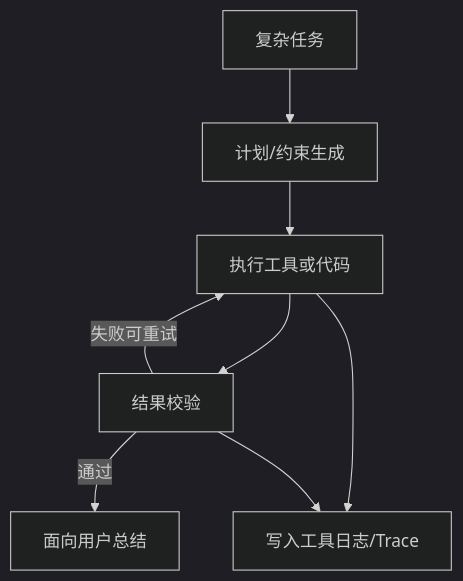
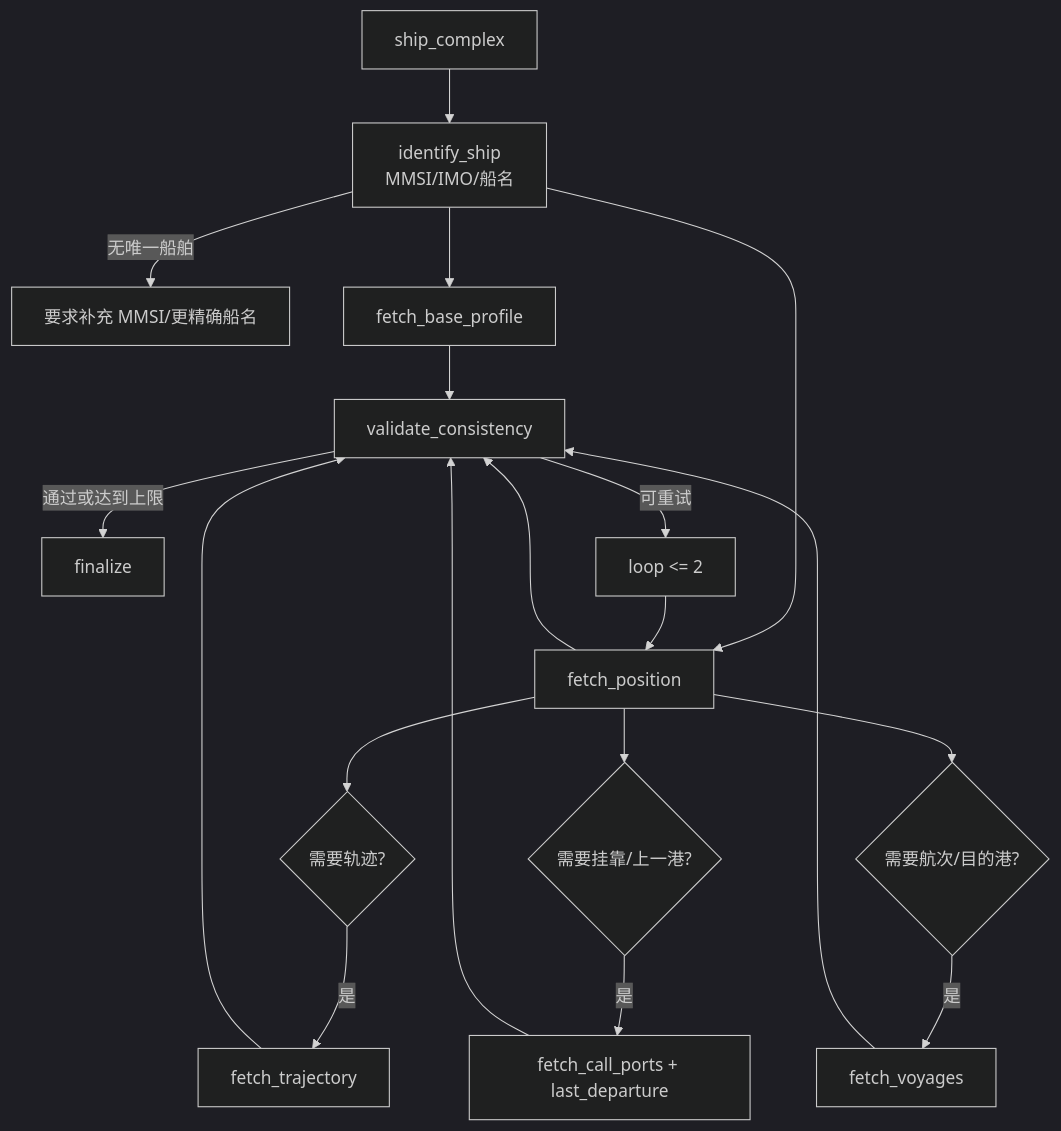
The fourth of 4 diagrams in docs/AGENT_TECHNICAL_DOCUMENTATION.md (lr12338/hifleet-agent), drawn with Mermaid (dark theme) before and after one commit. The commit also changed other lines of this file and 16 other files, not shown here.

````diff
--- a/docs/AGENT_TECHNICAL_DOCUMENTATION.md
+++ b/docs/AGENT_TECHNICAL_DOCUMENTATION.md
@@ -241,10 +140,21 @@
 ```mermaid
 flowchart TD
-    Task[复杂任务] --> Plan[计划/约束生成]
-    Plan --> Act[执行工具或代码]
-    Act --> Check[结果校验]
-    Check -->|失败可重试| Act
-    Check -->|通过| Answer[面向用户总结]
-    Act --> Trace[写入工具日志/Trace]
-    Check --> Trace
+    Start[ship_complex] --> Identify[identify_ship<br/>MMSI/IMO/船名]
+    Identify -->|无唯一船舶| Fallback[要求补充 MMSI/更精确船名]
+    Identify --> Base[fetch_base_profile]
+    Identify --> Pos[fetch_position]
+    Pos --> NeedTrack{需要轨迹?}
+    NeedTrack -->|是| Track[fetch_trajectory]
+    Pos --> NeedCall{需要挂靠/上一港?}
+    NeedCall -->|是| Calls[fetch_call_ports + last_departure]
+    Pos --> NeedVoyage{需要航次/目的港?}
+    NeedVoyage -->|是| Voyage[fetch_voyages]
+    Base --> Check[validate_consistency]
+    Pos --> Check
+    Track --> Check
+    Calls --> Check
+    Voyage --> Check
+    Check -->|通过或达到上限| Final[finalize]
+    Check -->|可重试| Loop[loop <= 2]
+    Loop --> Pos
 ```
````
